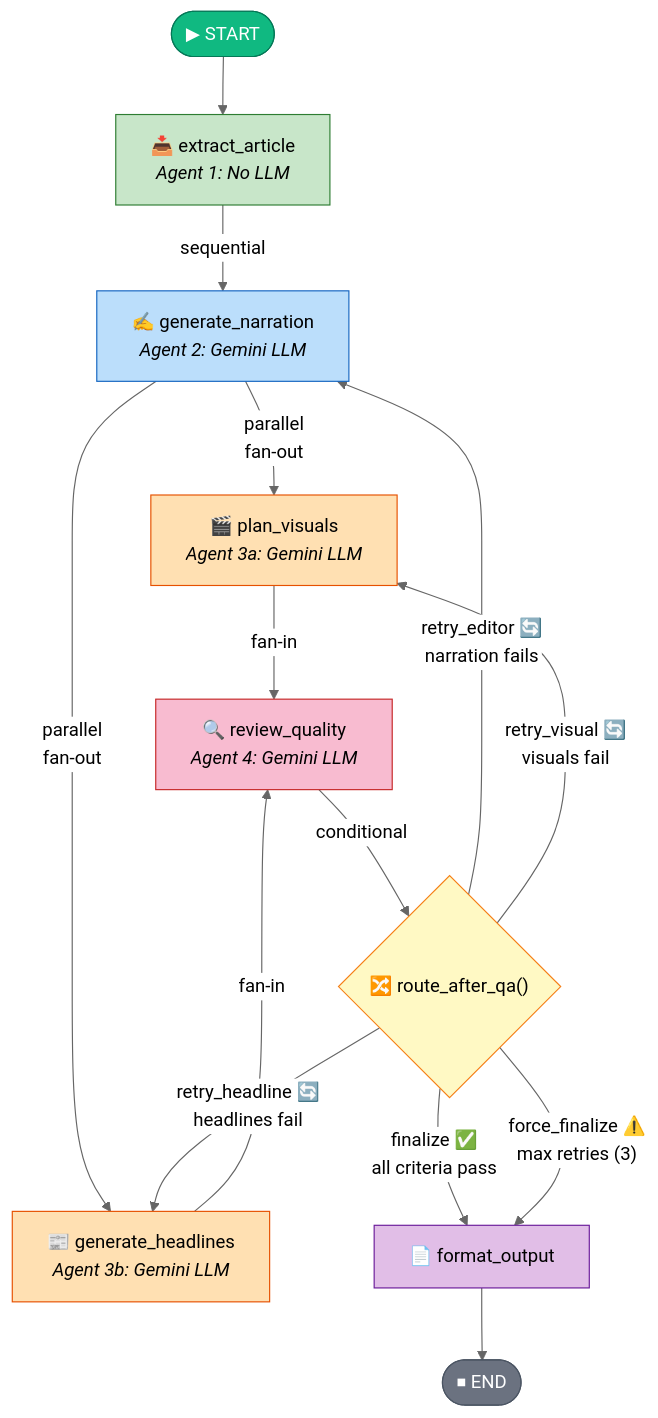
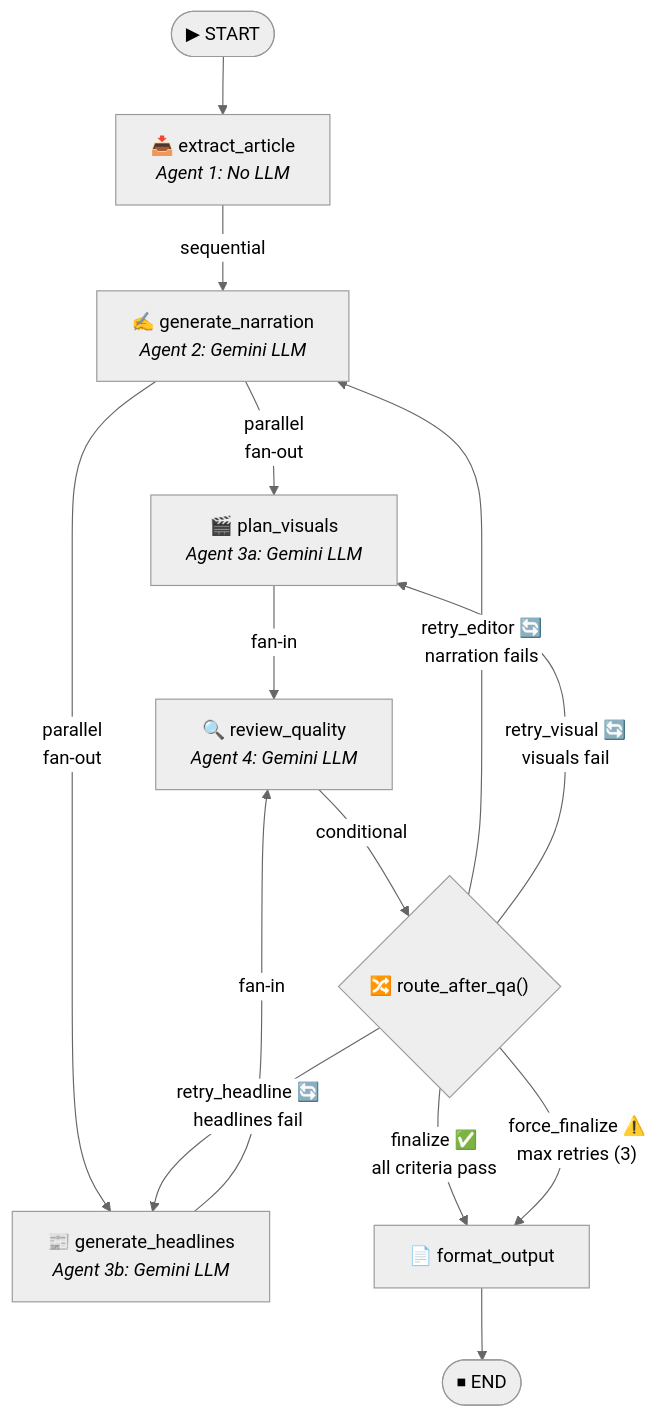
Before and after one commit to rohanjain1648/LOQO-AI: the eighth of 12 diagrams in README.md, drawn with Mermaid (neutral theme). The commit also changed other lines of this file, not shown here.

````diff
--- a/README.md
+++ b/README.md
@@ -499,31 +487,23 @@
 ```mermaid
 graph TD
     START(["▶ START"]) --> EXT["📥 extract_article<br/><i>Agent 1: No LLM</i>"]
     EXT -->|"sequential"| EDIT["✍️ generate_narration<br/><i>Agent 2: Gemini LLM</i>"]
     
     EDIT -->|"parallel<br/>fan-out"| VIS["🎬 plan_visuals<br/><i>Agent 3a: Gemini LLM</i>"]
     EDIT -->|"parallel<br/>fan-out"| HDL["📰 generate_headlines<br/><i>Agent 3b: Gemini LLM</i>"]
     
     VIS -->|"fan-in"| QA["🔍 review_quality<br/><i>Agent 4: Gemini LLM</i>"]
     HDL -->|"fan-in"| QA
     
     QA -->|"conditional"| ROUTER{"🔀 route_after_qa()"}
     
     ROUTER -->|"finalize ✅<br/>all criteria pass"| FMT["📄 format_output"]
     ROUTER -->|"retry_editor 🔄<br/>narration fails"| EDIT
     ROUTER -->|"retry_visual 🔄<br/>visuals fail"| VIS
     ROUTER -->|"retry_headline 🔄<br/>headlines fail"| HDL
     ROUTER -->|"force_finalize ⚠️<br/>max retries (3)"| FMT
     
     FMT --> END_NODE(["⏹ END"])
 
-    style START fill:#10b981,stroke:#047857,color:#fff
-    style END_NODE fill:#6b7280,stroke:#4b5563,color:#fff
-    style EXT fill:#c8e6c9,stroke:#2e7d32
-    style EDIT fill:#bbdefb,stroke:#1565c0
-    style VIS fill:#ffe0b2,stroke:#e65100
-    style HDL fill:#ffe0b2,stroke:#e65100
-    style QA fill:#f8bbd0,stroke:#c62828
-    style ROUTER fill:#fff9c4,stroke:#f57f17
-    style FMT fill:#e1bee7,stroke:#6a1b9a
+
 ```
````
